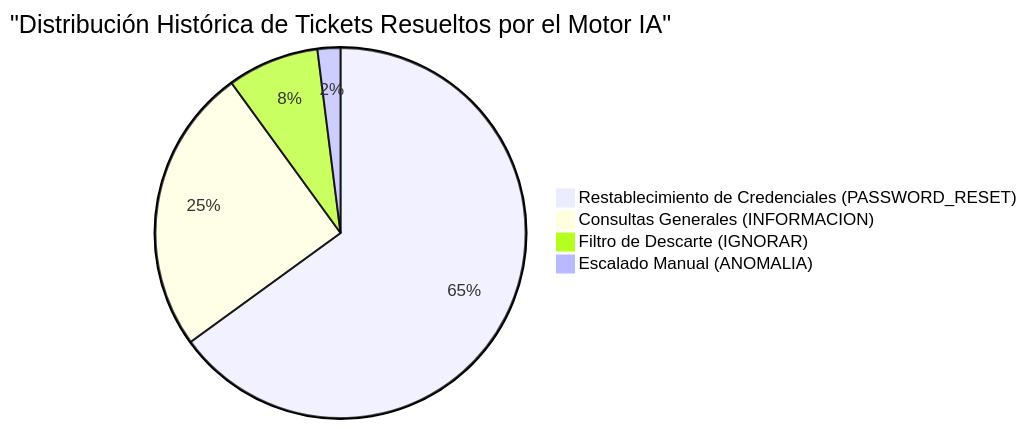
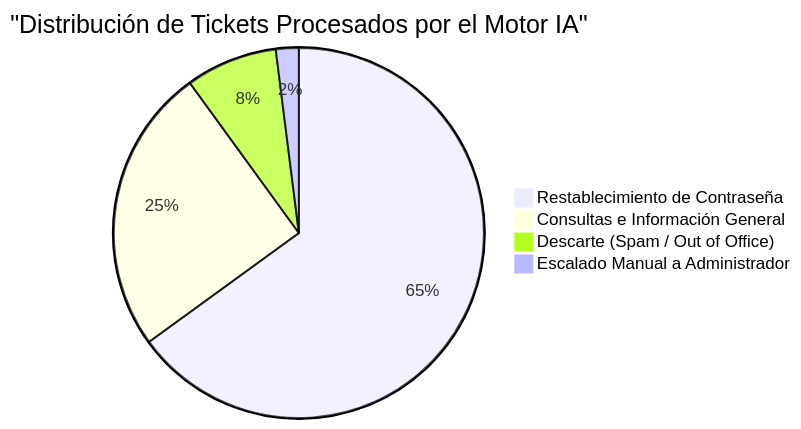
The first of 2 diagrams in README.md (Doku566/IA-SOPORTE-MICROSOFT), drawn with Mermaid before and after one commit. The commit also changed other lines of this file, not shown here.

````diff
--- a/README.md
+++ b/README.md
@@ -10,7 +14,7 @@
 ```mermaid
-pie title "Distribución Histórica de Tickets Resueltos por el Motor IA"
-    "Restablecimiento de Credenciales (PASSWORD_RESET)" : 65
-    "Consultas Generales (INFORMACION)" : 25
-    "Filtro de Descarte (IGNORAR)" : 8
-    "Escalado Manual (ANOMALIA)" : 2
+pie title "Distribución de Tickets Procesados por el Motor IA"
+    "Restablecimiento de Contraseña" : 65
+    "Consultas e Información General" : 25
+    "Descarte (Spam / Out of Office)" : 8
+    "Escalado Manual a Administrador" : 2
 ```
````
